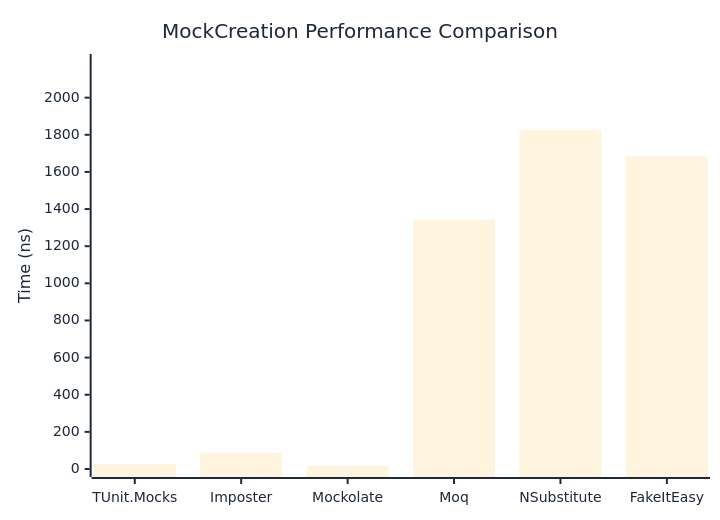
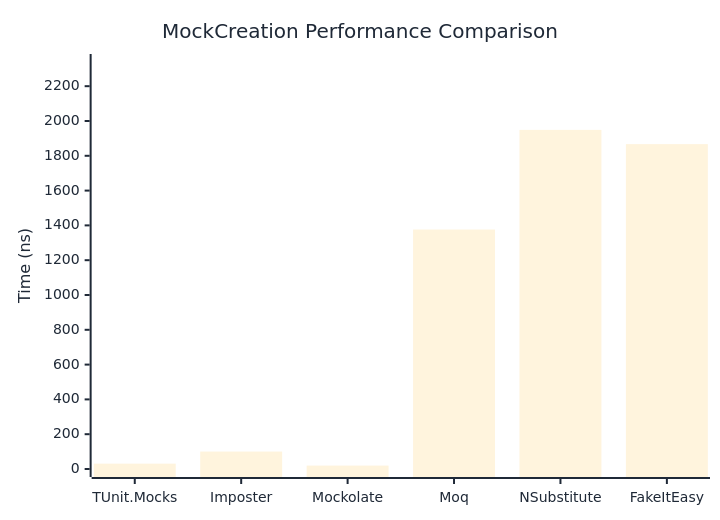
One commit to thomhurst/TUnit changed the first of 2 diagrams in docs/docs/benchmarks/mocks/MockCreation.md. Above: the diagram before and after it, drawn with Mermaid. The commit also changed other lines of this file and 14 other files, not shown here.

````diff
--- a/docs/docs/benchmarks/mocks/MockCreation.md
+++ b/docs/docs/benchmarks/mocks/MockCreation.md
@@ -30,27 +30,27 @@
 ```mermaid
 %%{init: {
   'theme':'base',
   'themeVariables': {
     'primaryColor': '#2563eb',
     'primaryTextColor': '#1f2937',
     'primaryBorderColor': '#1e40af',
     'lineColor': '#6b7280',
     'secondaryColor': '#7c3aed',
     'tertiaryColor': '#dc2626',
     'background': '#ffffff',
     'pie1': '#2563eb',
     'pie2': '#7c3aed',
     'pie3': '#dc2626',
     'pie4': '#f59e0b',
     'pie5': '#10b981',
     'pie6': '#06b6d4',
     'pie7': '#ec4899',
     'pie8': '#6366f1'
   }
 }}%%
 xychart-beta
   title "MockCreation Performance Comparison"
   x-axis ["TUnit.Mocks", "Imposter", "Mockolate", "Moq", "NSubstitute", "FakeItEasy"]
-  y-axis "Time (ns)" 0 --> 2192
-  bar [27.13, 88.9, 16.68, 1343.79, 1826.11, 1684.06]
+  y-axis "Time (ns)" 0 --> 2339
+  bar [30.84, 100.29, 19.63, 1376.25, 1948.9, 1866.94]
 ```
````
